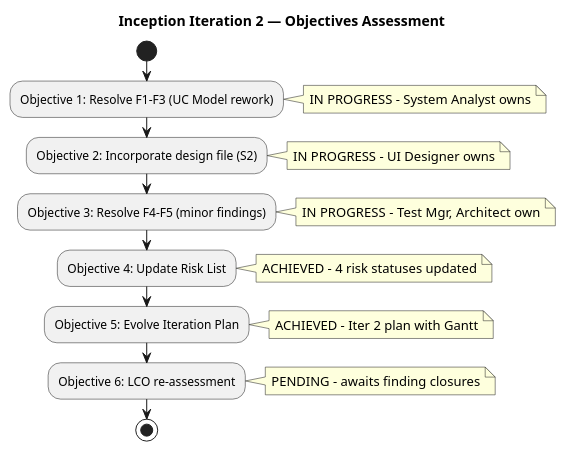
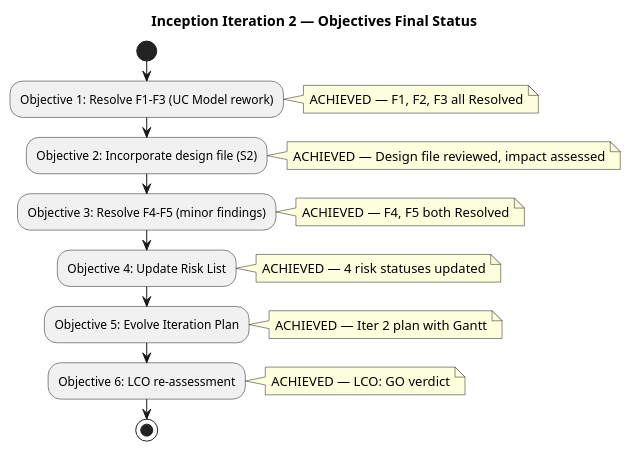
One commit to banense-test/demo-janke-lab changed the first of 3 diagrams in docs/artifacts/project-management/iteration-assessment.md. Above: the diagram before and after it, drawn with PlantUML. The commit also changed other lines of this file, not shown here.

First line of the commit message:
Project Manager [I2]: upsert Iteration Assessment

````diff
--- a/docs/artifacts/project-management/iteration-assessment.md
+++ b/docs/artifacts/project-management/iteration-assessment.md
@@ -17,20 +21,20 @@
 ```plantuml
 @startuml
-title Inception Iteration 2 — Objectives Assessment
+title Inception Iteration 2 — Objectives Final Status
 
 start
 :Objective 1: Resolve F1-F3 (UC Model rework);
-note right: IN PROGRESS - System Analyst owns
+note right: ACHIEVED — F1, F2, F3 all Resolved
 :Objective 2: Incorporate design file (S2);
-note right: IN PROGRESS - UI Designer owns
+note right: ACHIEVED — Design file reviewed, impact assessed
 :Objective 3: Resolve F4-F5 (minor findings);
-note right: IN PROGRESS - Test Mgr, Architect own
+note right: ACHIEVED — F4, F5 both Resolved
 :Objective 4: Update Risk List;
-note right: ACHIEVED - 4 risk statuses updated
+note right: ACHIEVED — 4 risk statuses updated
 :Objective 5: Evolve Iteration Plan;
-note right: ACHIEVED - Iter 2 plan with Gantt
+note right: ACHIEVED — Iter 2 plan with Gantt
 :Objective 6: LCO re-assessment;
-note right: PENDING - awaits finding closures
+note right: ACHIEVED — LCO: GO verdict
 stop
 @enduml
 ```
````
